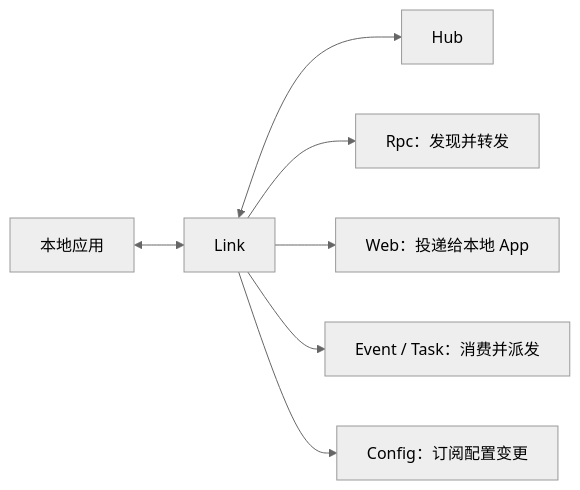
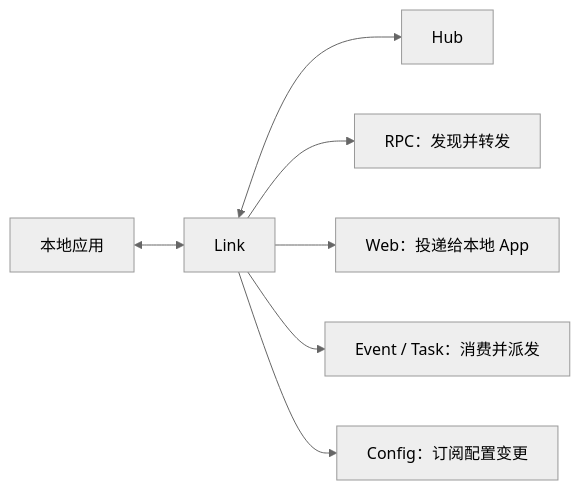
The diagram in i18n/zh-CN/docusaurus-plugin-content-docs/current/runtime/link.md (yorun-ai/vine-site), drawn with Mermaid (neutral theme) before and after one commit. The commit also changed other lines of this file and 22 other files, not shown here.

````diff
--- a/i18n/zh-CN/docusaurus-plugin-content-docs/current/runtime/link.md
+++ b/i18n/zh-CN/docusaurus-plugin-content-docs/current/runtime/link.md
@@ -10,8 +10,8 @@
 ```mermaid
 flowchart LR
   App["本地应用"] <--> Link["Link"] <--> Hub["Hub"]
-  Link --> Rpc["Rpc：发现并转发"]
+  Link --> Rpc["RPC：发现并转发"]
   Link --> Web["Web：投递给本地 App"]
   Link --> EventTask["Event / Task：消费并派发"]
   Link --> Config["Config：订阅配置变更"]
 ```
````
